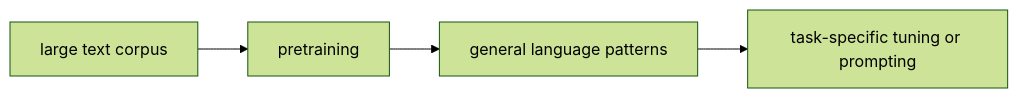
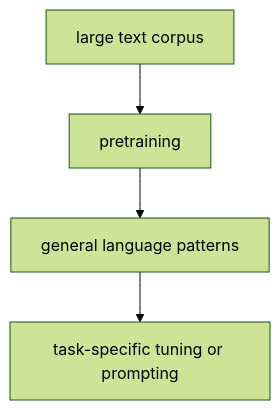
One commit to devchan64/AiBook changed the diagram in docs/parts/part-05/chapter-06/section-01.md. Above: the diagram before and after it, drawn with Mermaid (forest theme). The commit also changed 35 other files, not shown here.

Commit message:
docs(part-04,part-05): strengthen cases and diagrams

````diff
--- a/docs/parts/part-05/chapter-06/section-01.md
+++ b/docs/parts/part-05/chapter-06/section-01.md
@@ -141,9 +141,11 @@
 ```mermaid
-flowchart LR
+flowchart TD
   A["large text corpus"]
   B["pretraining"]
   C["general language patterns"]
   D["task-specific tuning or prompting"]
 
-  A --> B --> C --> D
+  A --> B
+  B --> C
+  C --> D
 ```
````
